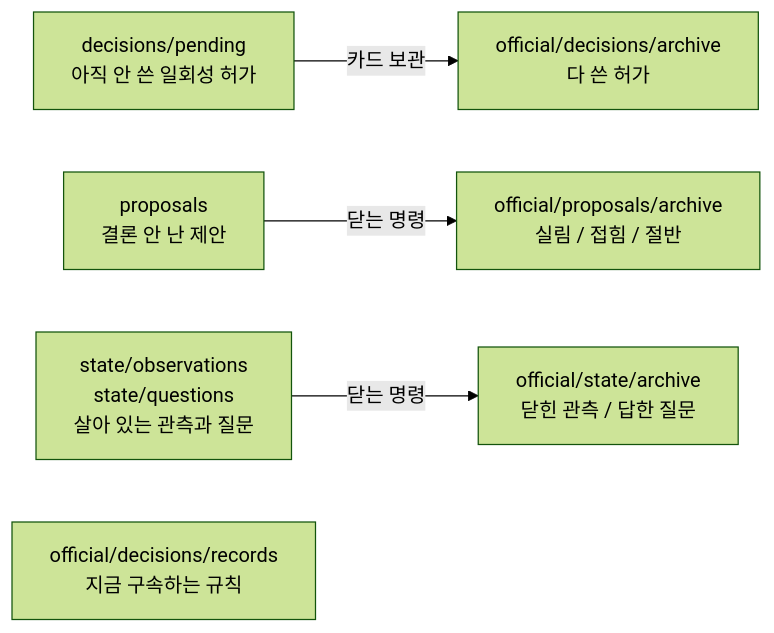
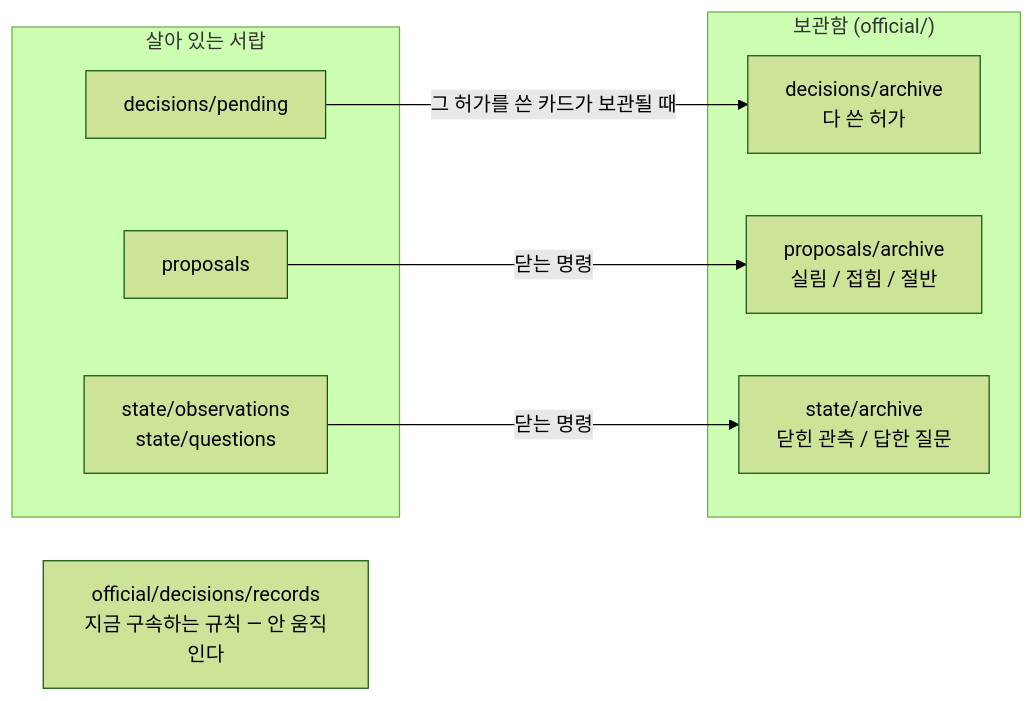
Diagram 13 of 17 in stage/docs/BLUEPRINT.md (noory-code/noory-ai), drawn with Mermaid (forest theme) before and after one commit.

Commit message:
docs(stage): draw the archive move by drawer, not by drawer contents
The first drawing labelled the source node with what still sits in the drawer,
so the arrow read as though an unused pass gets archived. Grouping the live
drawers and the archives, and naming the trigger on the edge, makes the rule it
teaches match the decision it illustrates.

````diff
--- a/stage/docs/BLUEPRINT.md
+++ b/stage/docs/BLUEPRINT.md
@@ -387,7 +387,20 @@
 ```mermaid
 flowchart LR
-  PendingD["decisions/pending\n아직 안 쓴 일회성 허가"] -->|"카드 보관"| ArchD["official/decisions/archive\n다 쓴 허가"]
-  Proposals["proposals\n결론 안 난 제안"] -->|"닫는 명령"| ArchP["official/proposals/archive\n실림 / 접힘 / 절반"]
-  StateLive["state/observations\nstate/questions\n살아 있는 관측과 질문"] -->|"닫는 명령"| ArchS["official/state/archive\n닫힌 관측 / 답한 질문"]
-  Records["official/decisions/records\n지금 구속하는 규칙"]
+  subgraph Live["살아 있는 서랍"]
+    PendingD["decisions/pending"]
+    Proposals["proposals"]
+    StateLive["state/observations\nstate/questions"]
+  end
+
+  subgraph Arch["보관함 (official/)"]
+    ArchD["decisions/archive\n다 쓴 허가"]
+    ArchP["proposals/archive\n실림 / 접힘 / 절반"]
+    ArchS["state/archive\n닫힌 관측 / 답한 질문"]
+  end
+
+  PendingD -->|"그 허가를 쓴 카드가 보관될 때"| ArchD
+  Proposals -->|"닫는 명령"| ArchP
+  StateLive -->|"닫는 명령"| ArchS
+
+  Records["official/decisions/records\n지금 구속하는 규칙 — 안 움직인다"]
 ```
````
